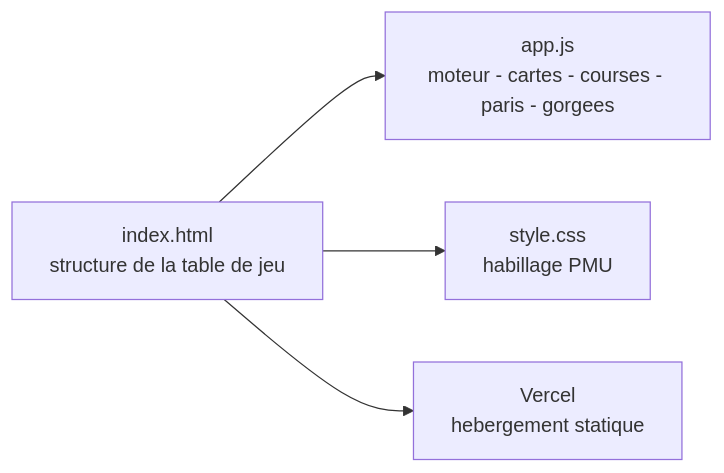
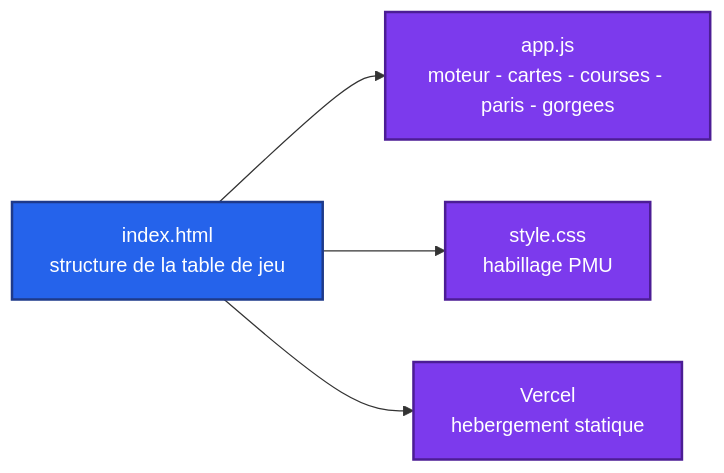
The diagram in README.md (Adam-Blf/PMU-Game), drawn with Mermaid before and after one commit.

Commit message:
docs: add colors to mermaid diagrams (#4)
Each node gets a palette class (by subgraph or by flow depth), subgraphs are tinted, non-flowchart diagrams use a colored base theme. Validated by rendering every diagram before and after.

````diff
--- a/README.md
+++ b/README.md
@@ -40,10 +40,15 @@
 ```mermaid
 flowchart LR
     HTML["index.html<br/>structure de la table de jeu"]
     JS["app.js<br/>moteur - cartes - courses - paris - gorgees"]
     CSS["style.css<br/>habillage PMU"]
     V["Vercel<br/>hebergement statique"]
     HTML --> JS
     HTML --> CSS
     HTML --> V
+
+    classDef c0 fill:#2563eb,stroke:#1e3a8a,stroke-width:2px,color:#ffffff
+    classDef c1 fill:#7c3aed,stroke:#4c1d95,stroke-width:2px,color:#ffffff
+    class HTML c0
+    class JS,CSS,V c1
 ```
````
